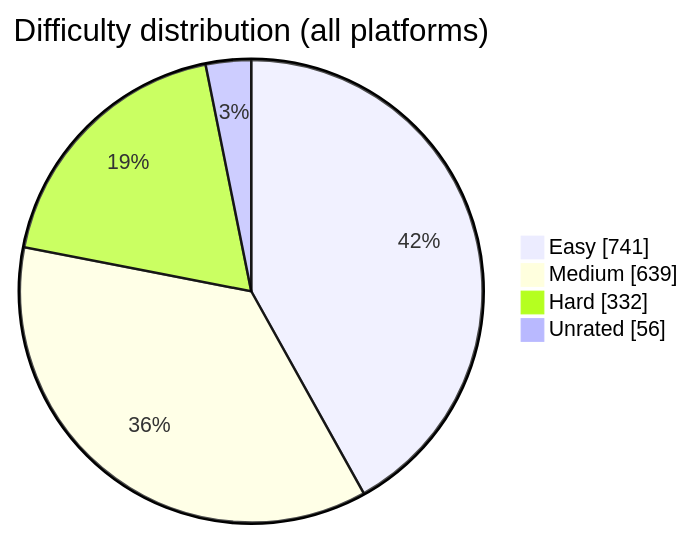
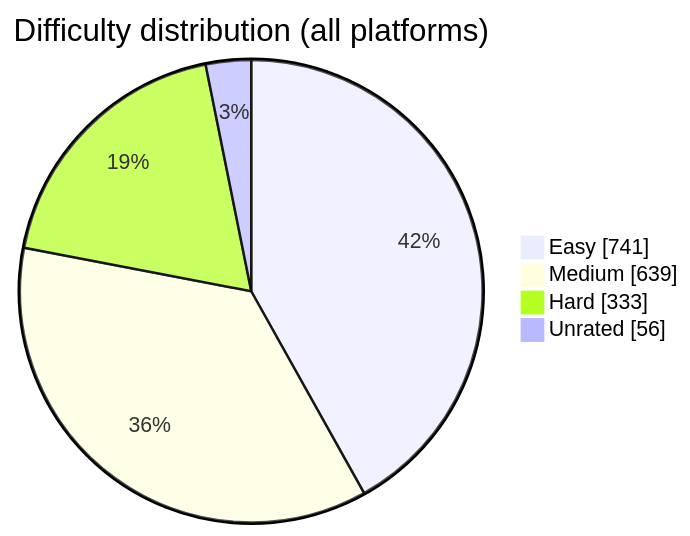
One commit to BuildbyArindam/Daily-Coding-Log changed the diagram in README.md. Above: the diagram before and after it, drawn with Mermaid. The commit also changed other lines of this file, not shown here.

````diff
--- a/README.md
+++ b/README.md
@@ -108,7 +108,7 @@
 ```mermaid
 pie showData title Difficulty distribution (all platforms)
     "Easy" : 741
     "Medium" : 639
-    "Hard" : 332
+    "Hard" : 333
     "Unrated" : 56
 ```
````
